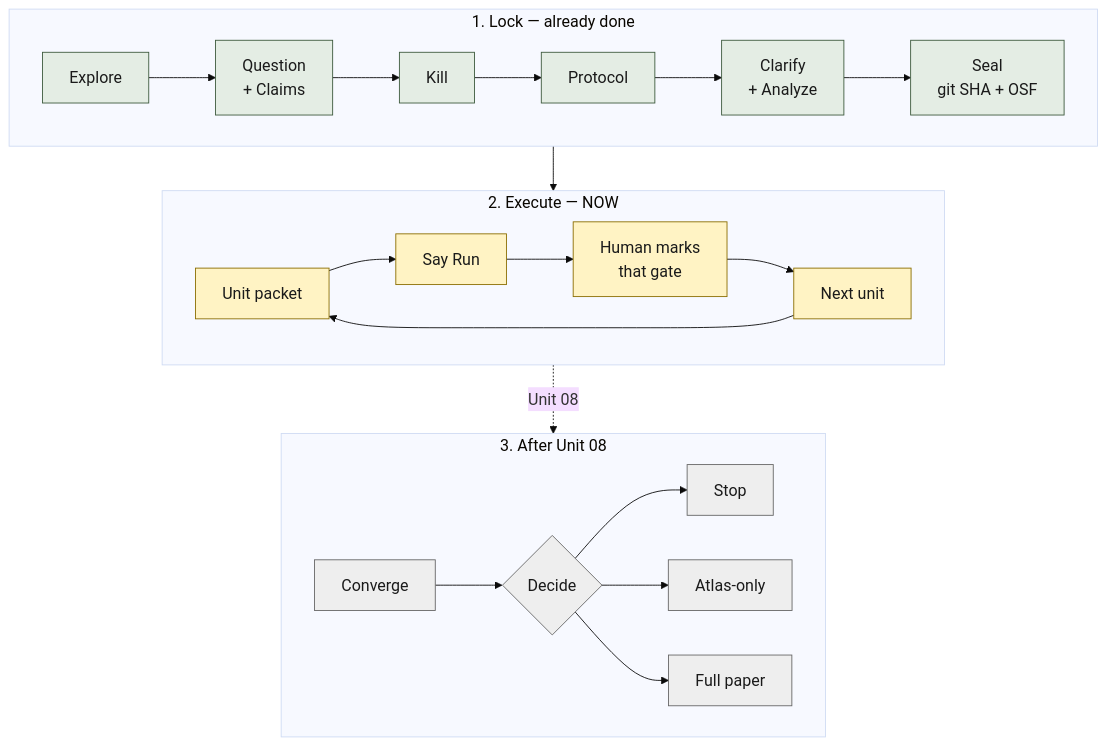
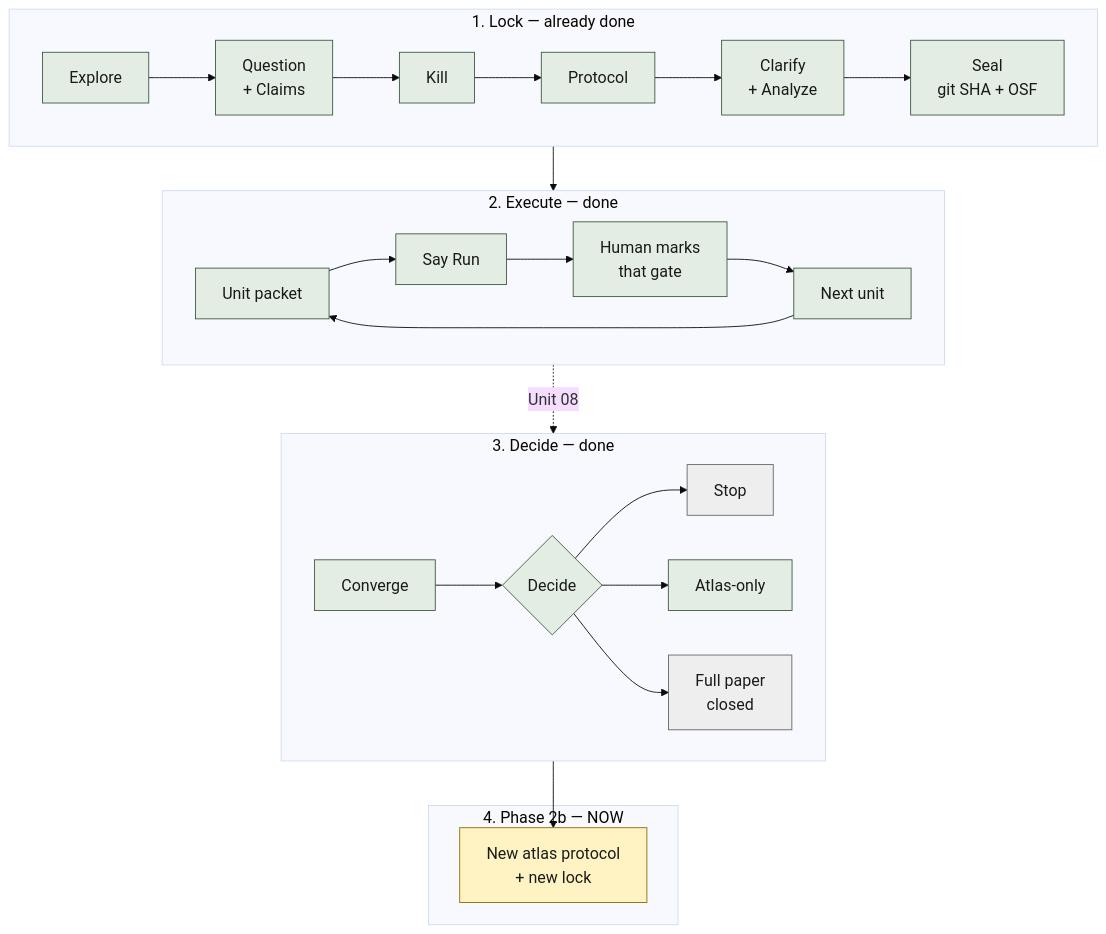
The diagram in docs/diagrams/seal-loop.mmd (cauld/scendo), drawn with Mermaid before and after one commit. The commit also changed 13 other files, not shown here.

Commit message:
Record Unit 08 Converge and atlas-only Decide after Gate B fail.

```diff
--- a/docs/diagrams/seal-loop.mmd
+++ b/docs/diagrams/seal-loop.mmd
@@ -1,36 +1,41 @@
 %%{init: {"theme": "base", "themeVariables": {"fontSize": "18px", "fontFamily": "Helvetica, Arial, sans-serif"}} }%%
 flowchart TB
   subgraph lock["1. Lock — already done"]
     direction LR
     E[Explore] --> Q[Question<br/>+ Claims]
     Q --> K[Kill]
     K --> P[Protocol]
     P --> CA[Clarify<br/>+ Analyze]
     CA --> S[Seal<br/>git SHA + OSF]
   end
 
-  subgraph exec["2. Execute — NOW"]
+  subgraph exec["2. Execute — done"]
     direction LR
     U[Unit packet] --> R[Say Run]
     R --> H[Human marks<br/>that gate]
     H --> N[Next unit]
     N --> U
   end
 
-  subgraph decide["3. After Unit 08"]
+  subgraph decide["3. Decide — done"]
     direction LR
     CV[Converge] --> D{Decide}
     D --> ST[Stop]
     D --> AT[Atlas-only]
-    D --> FP[Full paper]
+    D --> FP[Full paper<br/>closed]
+  end
+
+  subgraph atlas["4. Phase 2b — NOW"]
+    NP["New atlas protocol<br/>+ new lock"]
   end
 
   S --> U
   H -.->|Unit 08| CV
+  AT --> NP
 
   classDef done fill:#E4EDE4,stroke:#3D5A3D,color:#1A1A1A
   classDef now fill:#FFF3C4,stroke:#8A6D00,color:#1A1A1A
   classDef later fill:#EEEEEE,stroke:#666666,color:#1A1A1A
-  class E,Q,K,P,CA,S done
-  class U,R,H,N now
-  class CV,D,ST,AT,FP later
+  class E,Q,K,P,CA,S,U,R,H,N,CV,D,AT done
+  class NP now
+  class ST,FP later
```
